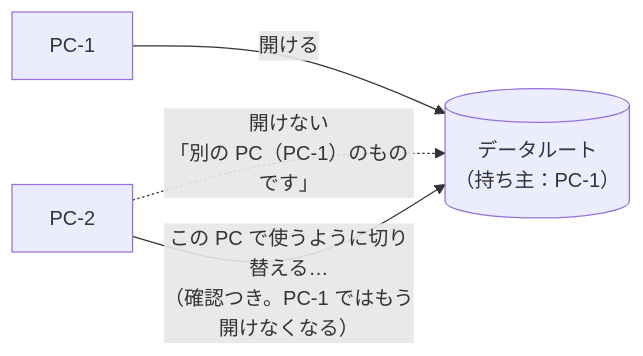
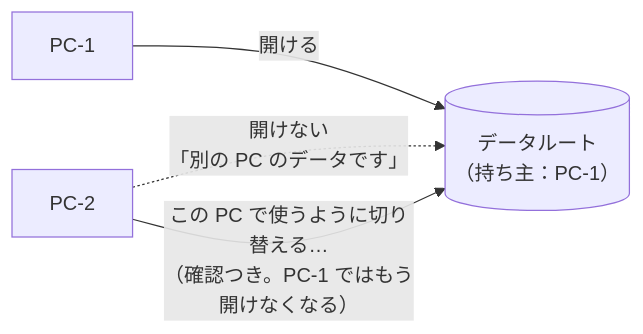
Diagram 14 of 16 in SYNC_GUIDE.md (animtools/RefPicker), drawn with Mermaid before and after one commit. The commit also changed other lines of this file and 27 other files, not shown here.

First line of the commit message:
docs: 0.6.0 の公開文書（扱えるファイル・共有先の渡し方と範囲・自由タグのピッカーとタグの管理・起動時の新しいバージョンの確認など）と CHANGELOG、図を 0.6.0 の画面にする

````diff
--- a/SYNC_GUIDE.md
+++ b/SYNC_GUIDE.md
@@ -502,7 +583,7 @@
 ```mermaid
 flowchart LR
     D[("データルート<br/>（持ち主：PC-1）")]
     P1["PC-1"] -- "開ける" --> D
-    P2["PC-2"] -. "開けない<br/>「別の PC（PC-1）のものです」" .-> D
+    P2["PC-2"] -. "開けない<br/>「別の PC のデータです」" .-> D
     P2 -- "この PC で使うように切り替える…<br/>（確認つき。PC-1 ではもう開けなくなる）" --> D
 ```
````
